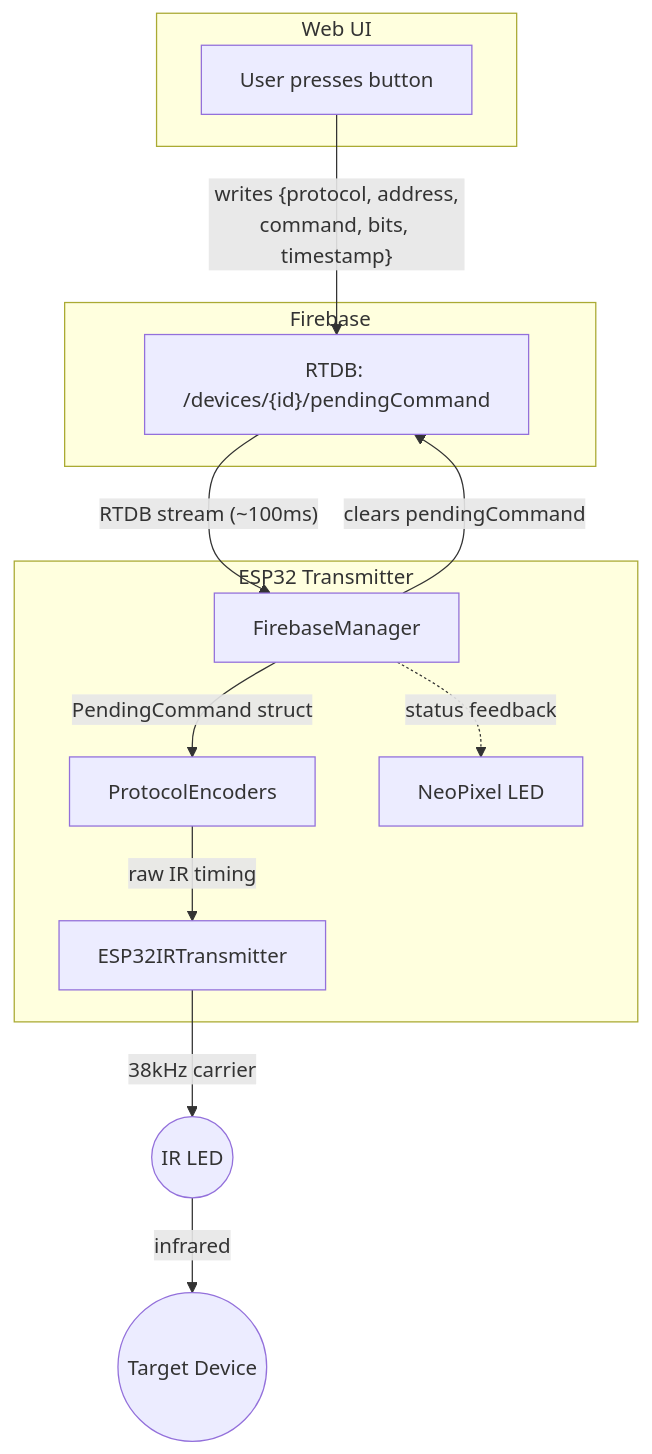
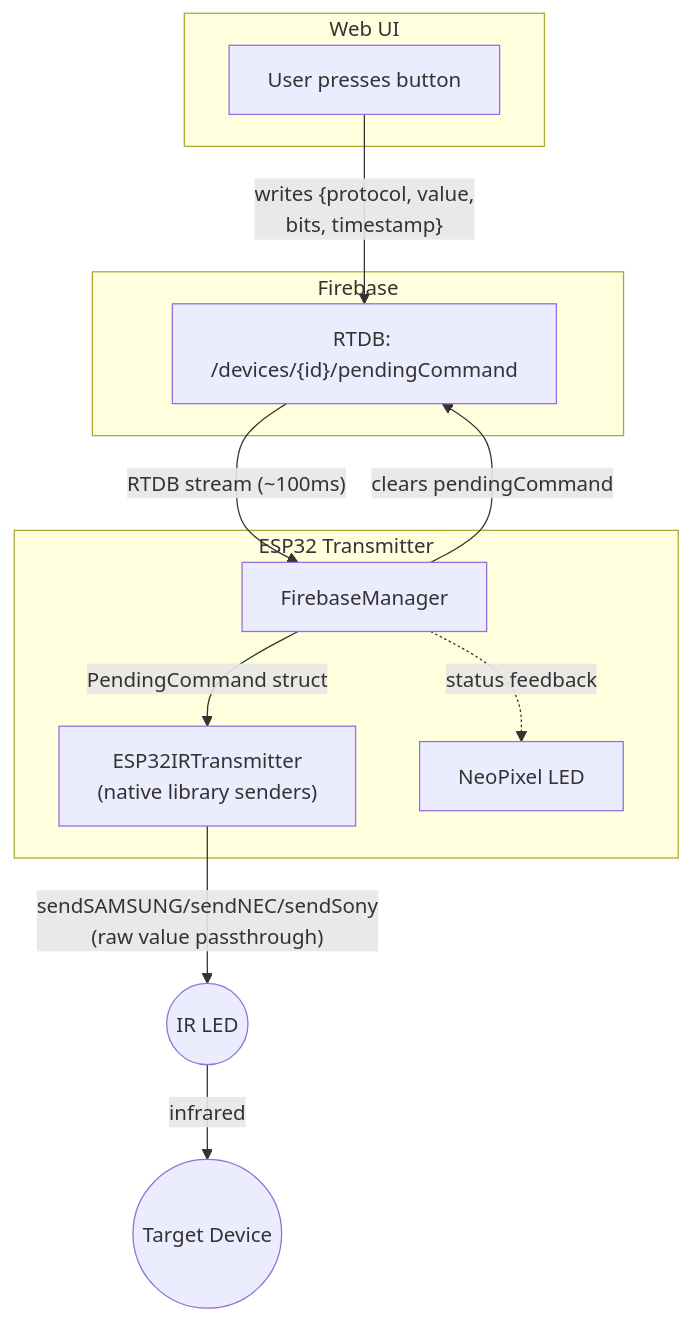
The diagram in esp32/feature_plans/transmitter/transmitter_plan.md (jj-link/Pulsr), drawn with Mermaid before and after one commit. The commit also changed other lines of this file and 3 other files, not shown here.

````diff
--- a/esp32/feature_plans/transmitter/transmitter_plan.md
+++ b/esp32/feature_plans/transmitter/transmitter_plan.md
@@ -7,29 +7,27 @@
 ```mermaid
 flowchart TD
     subgraph Web ["Web UI"]
         Btn["User presses button"]
     end
 
     subgraph Firebase
         RTDB_Cmd["RTDB: /devices/{id}/pendingCommand"]
     end
 
     subgraph ESP32 ["ESP32 Transmitter"]
         FM[FirebaseManager]
-        PE[ProtocolEncoders]
-        TX[ESP32IRTransmitter]
+        TX["ESP32IRTransmitter\n(native library senders)"]
         LED[NeoPixel LED]
     end
 
     IR_LED((IR LED))
     TV((Target Device))
 
-    Btn -->|"writes {protocol, address,\ncommand, bits, timestamp}"| RTDB_Cmd
+    Btn -->|"writes {protocol, value,\nbits, timestamp}"| RTDB_Cmd
     RTDB_Cmd -->|"RTDB stream (~100ms)"| FM
-    FM -->|"PendingCommand struct"| PE
-    PE -->|"raw IR timing"| TX
-    TX -->|"38kHz carrier"| IR_LED
+    FM -->|"PendingCommand struct"| TX
+    TX -->|"sendSAMSUNG/sendNEC/sendSony\n(raw value passthrough)"| IR_LED
     IR_LED -->|"infrared"| TV
     FM -->|"clears pendingCommand"| RTDB_Cmd
     FM -.->|"status feedback"| LED
 ```
````
